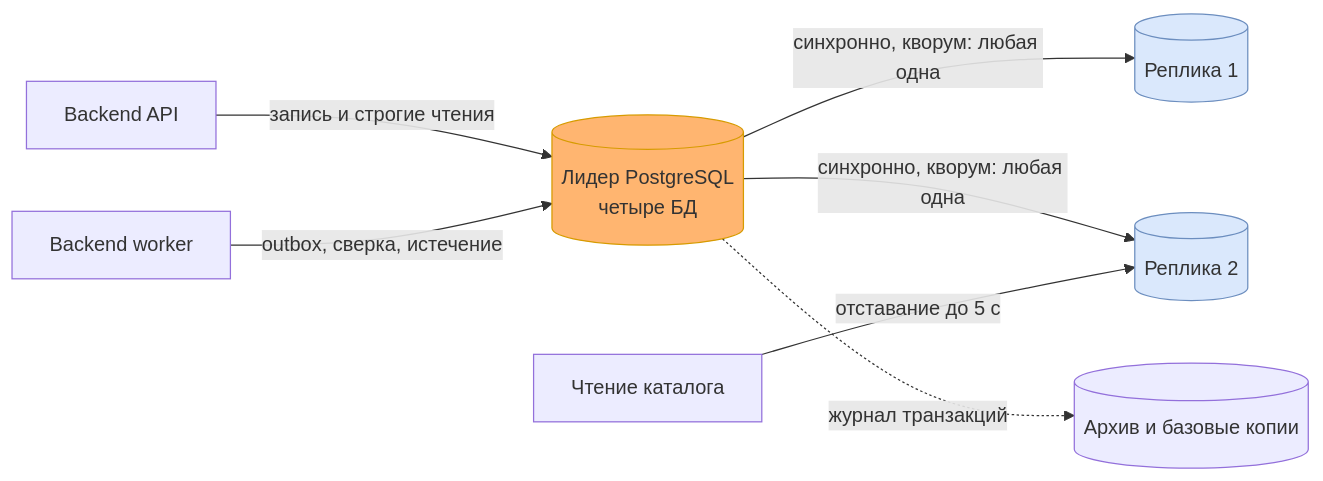
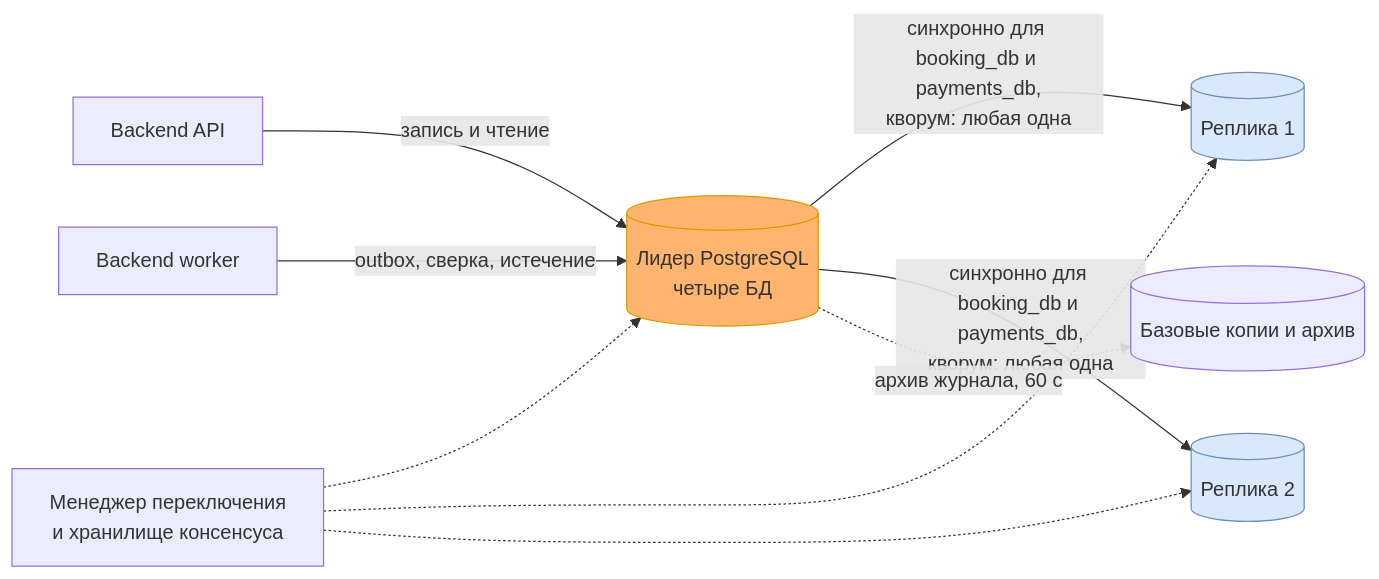
The second of 2 diagrams in docs/data-scaling.md (TIR44/event-ticket-booking), drawn with Mermaid before and after one commit. The commit also changed other lines of this file and 14 other files, not shown here.

````diff
--- a/docs/data-scaling.md
+++ b/docs/data-scaling.md
@@ -96,12 +101,14 @@
 ```mermaid
 flowchart LR
-    API["Backend API"] -->|"запись и строгие чтения"| L[("Лидер PostgreSQL<br/>четыре БД")]
+    API["Backend API"] -->|"запись и чтение"| L[("Лидер PostgreSQL<br/>четыре БД")]
     W["Backend worker"] -->|"outbox, сверка, истечение"| L
-    L -->|"синхронно, кворум: любая одна"| R1[("Реплика 1")]
-    L -->|"синхронно, кворум: любая одна"| R2[("Реплика 2")]
-    CAT["Чтение каталога"] -->|"отставание до 5 с"| R2
-    L -.->|"журнал транзакций"| B[("Архив и базовые копии")]
+    L -->|"синхронно для booking_db и payments_db,<br/>кворум: любая одна"| R1[("Реплика 1")]
+    L -->|"синхронно для booking_db и payments_db,<br/>кворум: любая одна"| R2[("Реплика 2")]
+    M["Менеджер переключения<br/>и хранилище консенсуса"] -.-> L
+    M -.-> R1
+    M -.-> R2
+    L -.->|"архив журнала, 60 с"| B[("Базовые копии и архив")]
     style L fill:#FFB570,stroke:#D79B00
     style R1 fill:#DAE8FC,stroke:#6C8EBF
     style R2 fill:#DAE8FC,stroke:#6C8EBF
 ```
````
